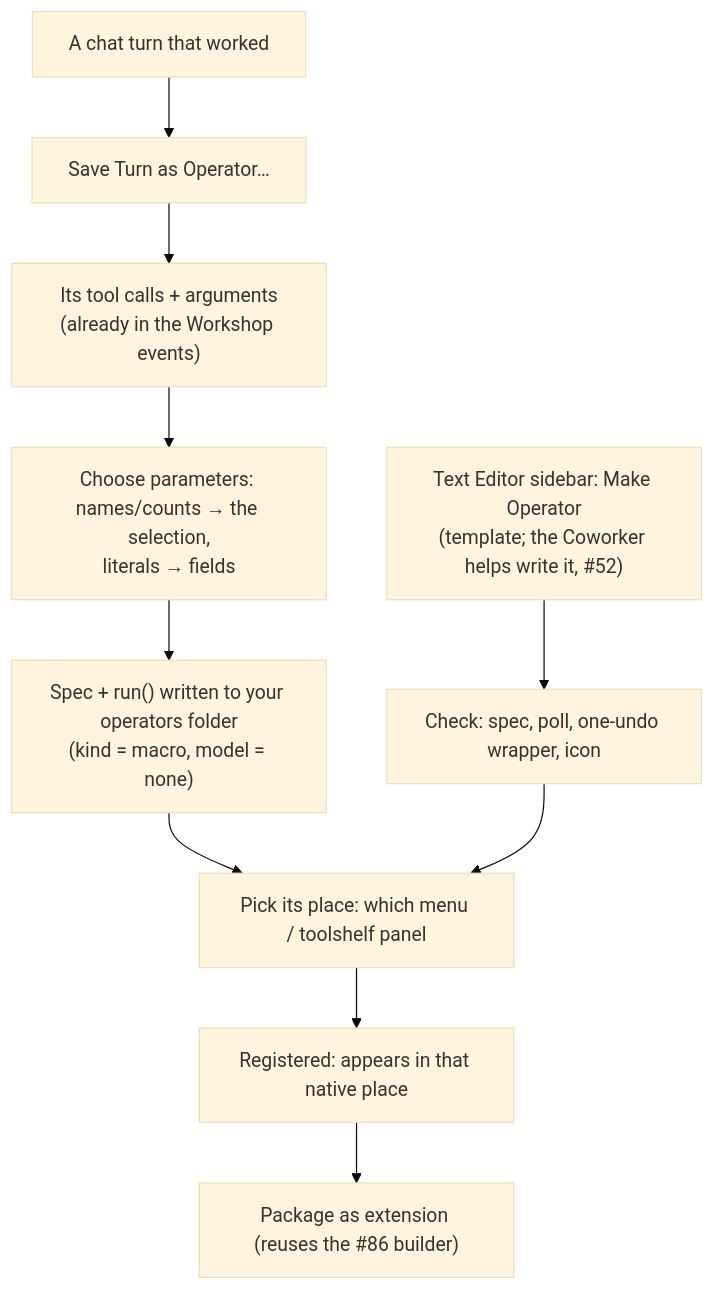
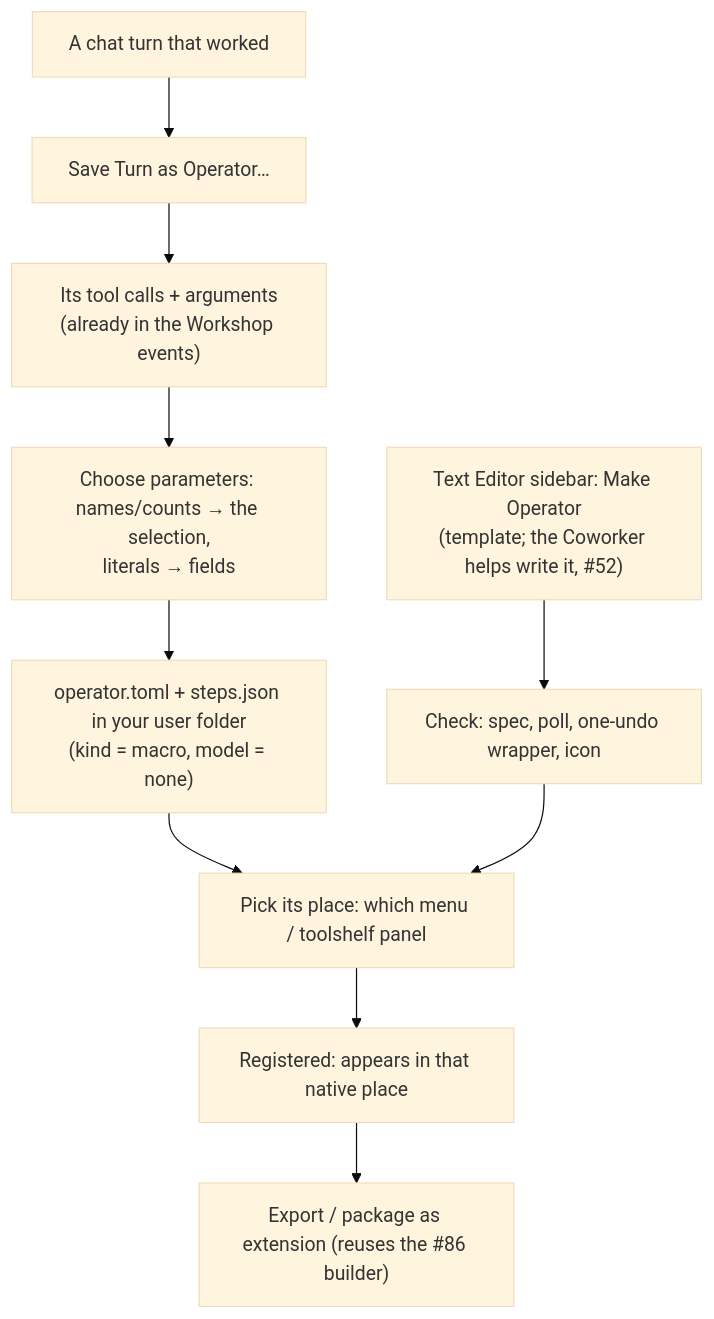
Before and after one commit to Draise14/bfa_coworker: the fourth of 5 diagrams in _misc/plan_tier4m_coworker_operators.md, drawn with Mermaid (base theme). The commit also changed other lines of this file and 2 other files, not shown here.

First line of the commit message:
plan: toolshelf icon buttons confirmed (no dropdown); Convert to Vertical under View; per-user recorded operators explained

````diff
--- a/_misc/plan_tier4m_coworker_operators.md
+++ b/_misc/plan_tier4m_coworker_operators.md
@@ -204,12 +274,12 @@
 ```mermaid
 flowchart TD
     T["A chat turn that worked"] --> R["Save Turn as Operator…"]
     R --> X["Its tool calls + arguments<br/>(already in the Workshop events)"]
     X --> P["Choose parameters: names/counts → the selection,<br/>literals → fields"]
-    P --> M["Spec + run() written to your operators folder<br/>(kind = macro, model = none)"]
+    P --> M["operator.toml + steps.json in your user folder<br/>(kind = macro, model = none)"]
     W["Text Editor sidebar: Make Operator<br/>(template; the Coworker helps write it, #52)"] --> V["Check: spec, poll, one-undo wrapper, icon"]
     M --> PL["Pick its place: which menu / toolshelf panel"]
     V --> PL
     PL --> S["Registered: appears in that native place"]
-    S --> PK["Package as extension (reuses the #86 builder)"]
+    S --> PK["Export / package as extension (reuses the #86 builder)"]
 ```
````
